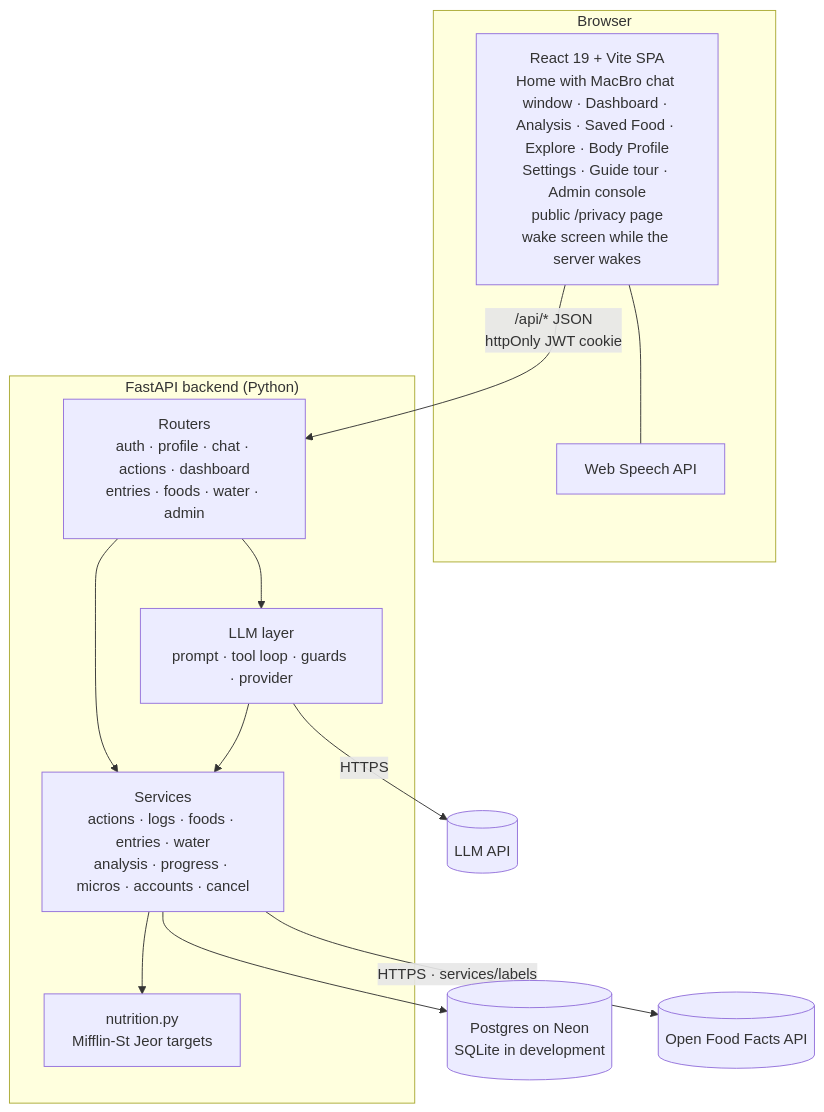
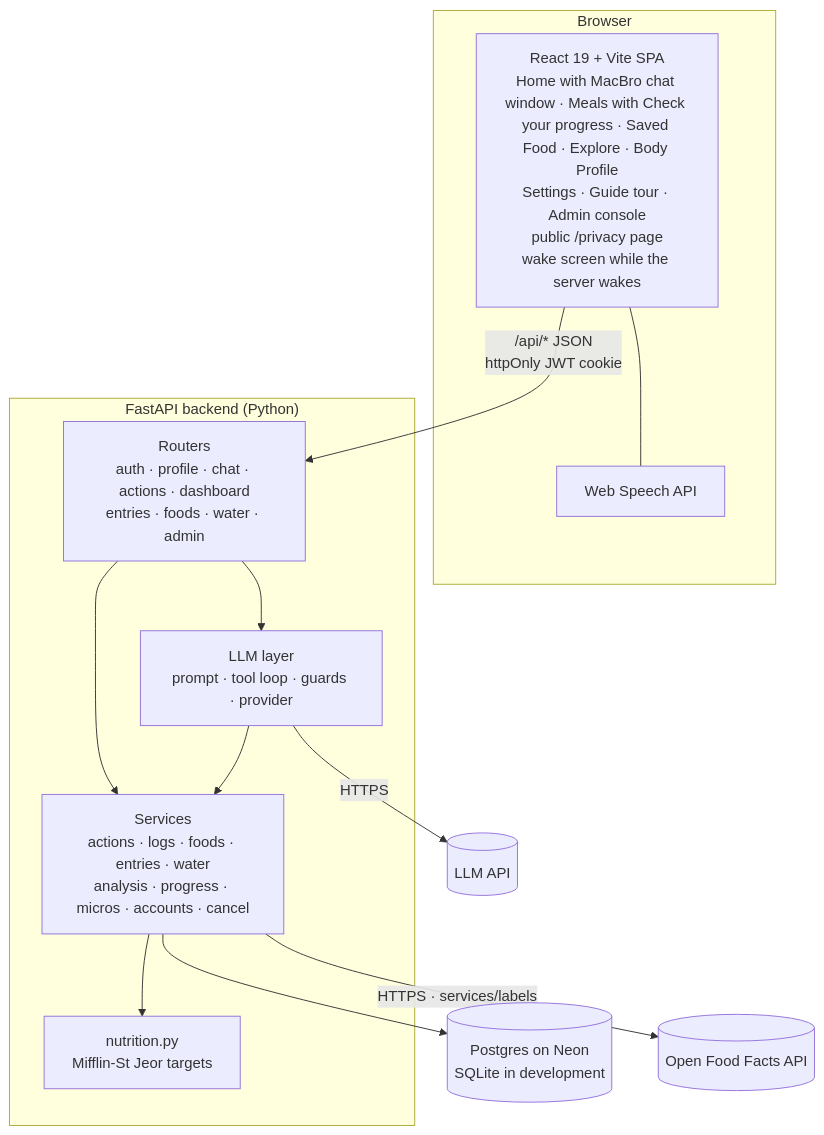
One commit to NeoAnushka21/tracker_poc changed the second of 11 diagrams in docs/hld.md. Above: the diagram before and after it, drawn with Mermaid. The commit also changed other lines of this file and 13 other files, not shown here.

First line of the commit message:
Meals tab: folded meal cards, MacBro invite, progress inside; guide spotlight

````diff
--- a/docs/hld.md
+++ b/docs/hld.md
@@ -40,28 +40,28 @@
 ```mermaid
 flowchart TB
     subgraph Browser
-        SPA[React 19 + Vite SPA<br/>Home with MacBro chat window · Dashboard · Analysis · Saved Food · Explore · Body Profile<br/>Settings · Guide tour · Admin console<br/>public /privacy page<br/>wake screen while the server wakes]
+        SPA[React 19 + Vite SPA<br/>Home with MacBro chat window · Meals with Check your progress · Saved Food · Explore · Body Profile<br/>Settings · Guide tour · Admin console<br/>public /privacy page<br/>wake screen while the server wakes]
         STT[Web Speech API]
         SPA --- STT
     end
 
     subgraph Server["FastAPI backend (Python)"]
         R[Routers<br/>auth · profile · chat · actions · dashboard<br/>entries · foods · water · admin]
         L[LLM layer<br/>prompt · tool loop · guards · provider]
         S[Services<br/>actions · logs · foods · entries · water<br/>analysis · progress · micros · accounts · cancel]
         N[nutrition.py<br/>Mifflin-St Jeor targets]
         R --> L
         R --> S
         L --> S
         S --> N
     end
 
     DB[(Postgres on Neon<br/>SQLite in development)]
     LLM[(LLM API)]
     OFF[(Open Food Facts API)]
 
     SPA -->|/api/* JSON<br/>httpOnly JWT cookie| R
     S --> DB
     L -->|HTTPS| LLM
     S -->|HTTPS · services/labels| OFF
 ```
````
